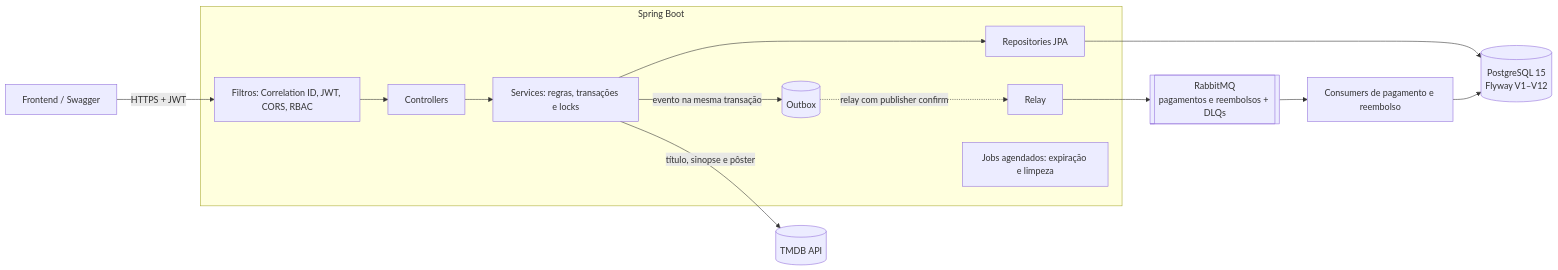
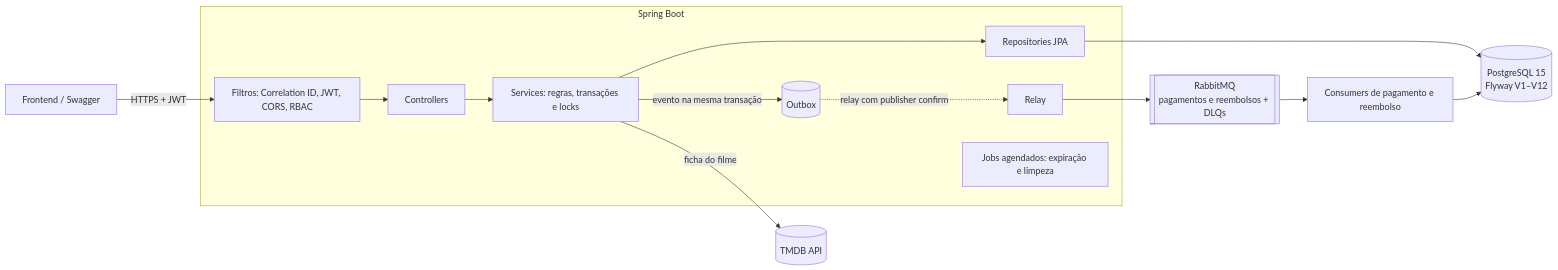
The first of 2 diagrams in README.md (marcelofelixdev/cine-ticket-backend), drawn with Mermaid before and after one commit. The commit also changed other lines of this file and 26 other files, not shown here.

First line of the commit message:
feat: ficha completa do filme e busca no TMDB

````diff
--- a/README.md
+++ b/README.md
@@ -45,19 +46,19 @@
 ```mermaid
 flowchart LR
     FE[Frontend / Swagger] -->|HTTPS + JWT| F
 
     subgraph API[Spring Boot]
         F[Filtros: Correlation ID, JWT, CORS, RBAC] --> C[Controllers]
         C --> S[Services: regras, transações e locks]
         S --> R[Repositories JPA]
         S -->|evento na mesma transação| OB[(Outbox)]
         OB -.->|relay com publisher confirm| P[Relay]
         J[Jobs agendados: expiração e limpeza]
     end
 
     R --> DB[(PostgreSQL 15<br/>Flyway V1–V12)]
     P --> MQ[[RabbitMQ<br/>pagamentos e reembolsos + DLQs]]
     MQ --> CO[Consumers de pagamento e reembolso]
     CO --> DB
-    S -->|título, sinopse e pôster| TMDB[(TMDB API)]
+    S -->|ficha do filme| TMDB[(TMDB API)]
 ```
````
